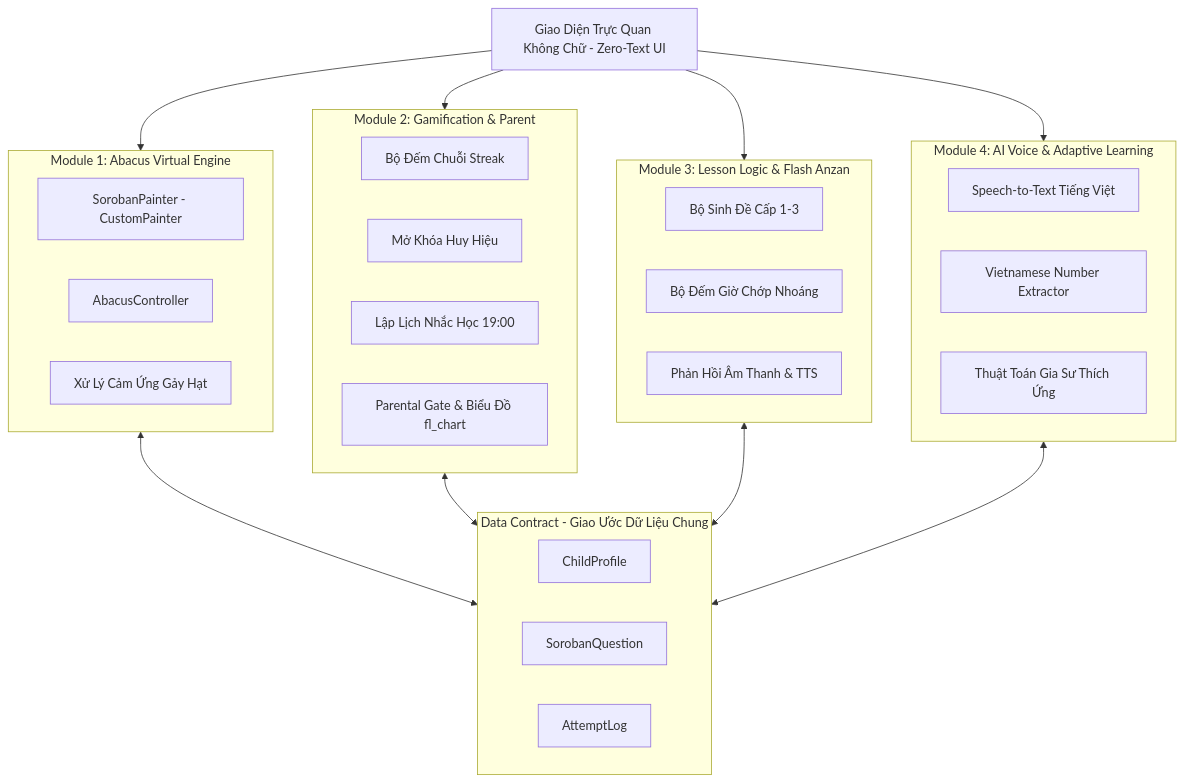
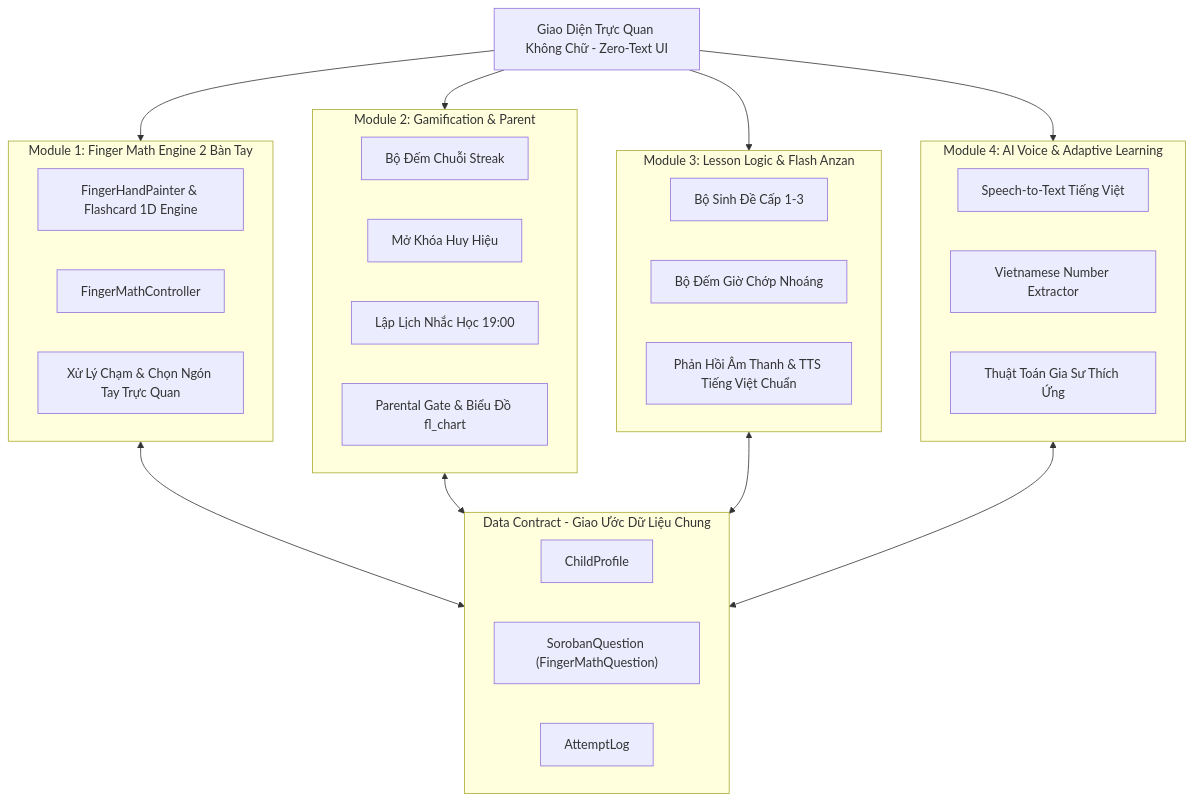
The diagram in nhom15-65ktpm/docs/KIEN_TRUC_HE_THONG.md (DuongNguyenAnhh-3185/baicuoiki), drawn with Mermaid before and after one commit. The commit also changed other lines of this file and 20 other files, not shown here.

````diff
--- a/nhom15-65ktpm/docs/KIEN_TRUC_HE_THONG.md
+++ b/nhom15-65ktpm/docs/KIEN_TRUC_HE_THONG.md
@@ -10,45 +10,45 @@
 ```mermaid
 graph TD
     UI[Giao Diện Trực Quan Không Chữ - Zero-Text UI]
     
     subgraph Shared_Data_Contract[Data Contract - Giao Ước Dữ Liệu Chung]
         CP[ChildProfile]
-        SQ[SorobanQuestion]
+        SQ["SorobanQuestion (FingerMathQuestion)"]
         AL[AttemptLog]
     end
 
-    subgraph Module1[Module 1: Abacus Virtual Engine]
-        SP[SorobanPainter - CustomPainter]
-        AC[AbacusController]
-        Touch[Xử Lý Cảm Ứng Gảy Hạt]
+    subgraph Module1[Module 1: Finger Math Engine 2 Bàn Tay]
+        FHP[FingerHandPainter & Flashcard 1D Engine]
+        FMC[FingerMathController]
+        Touch[Xử Lý Chạm & Chọn Ngón Tay Trực Quan]
     end
 
     subgraph Module2[Module 2: Gamification & Parent]
         Streak[Bộ Đếm Chuỗi Streak]
         Badge[Mở Khóa Huy Hiệu]
         Notify[Lập Lịch Nhắc Học 19:00]
         Parent[Parental Gate & Biểu Đồ fl_chart]
     end
 
     subgraph Module3[Module 3: Lesson Logic & Flash Anzan]
         QGen[Bộ Sinh Đề Cấp 1-3]
         Anzan[Bộ Đếm Giờ Chớp Nhoáng]
-        Audio[Phản Hồi Âm Thanh & TTS]
+        Audio[Phản Hồi Âm Thanh & TTS Tiếng Việt Chuẩn]
     end
 
     subgraph Module4[Module 4: AI Voice & Adaptive Learning]
         STT[Speech-to-Text Tiếng Việt]
         NLP[Vietnamese Number Extractor]
         Adaptive[Thuật Toán Gia Sư Thích Ứng]
     end
 
     UI --> Module1
     UI --> Module2
     UI --> Module3
     UI --> Module4
 
     Module1 <--> Shared_Data_Contract
     Module2 <--> Shared_Data_Contract
     Module3 <--> Shared_Data_Contract
     Module4 <--> Shared_Data_Contract
 ```
````
